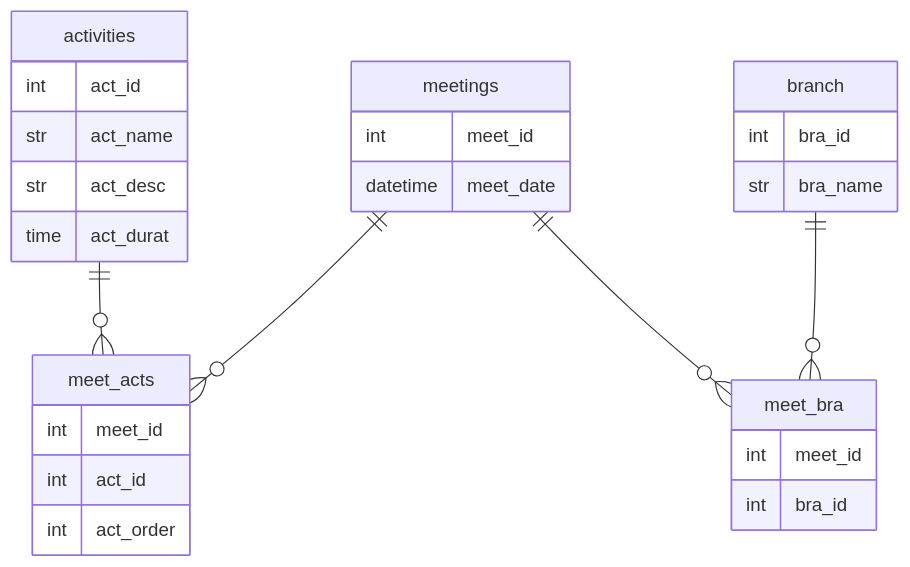
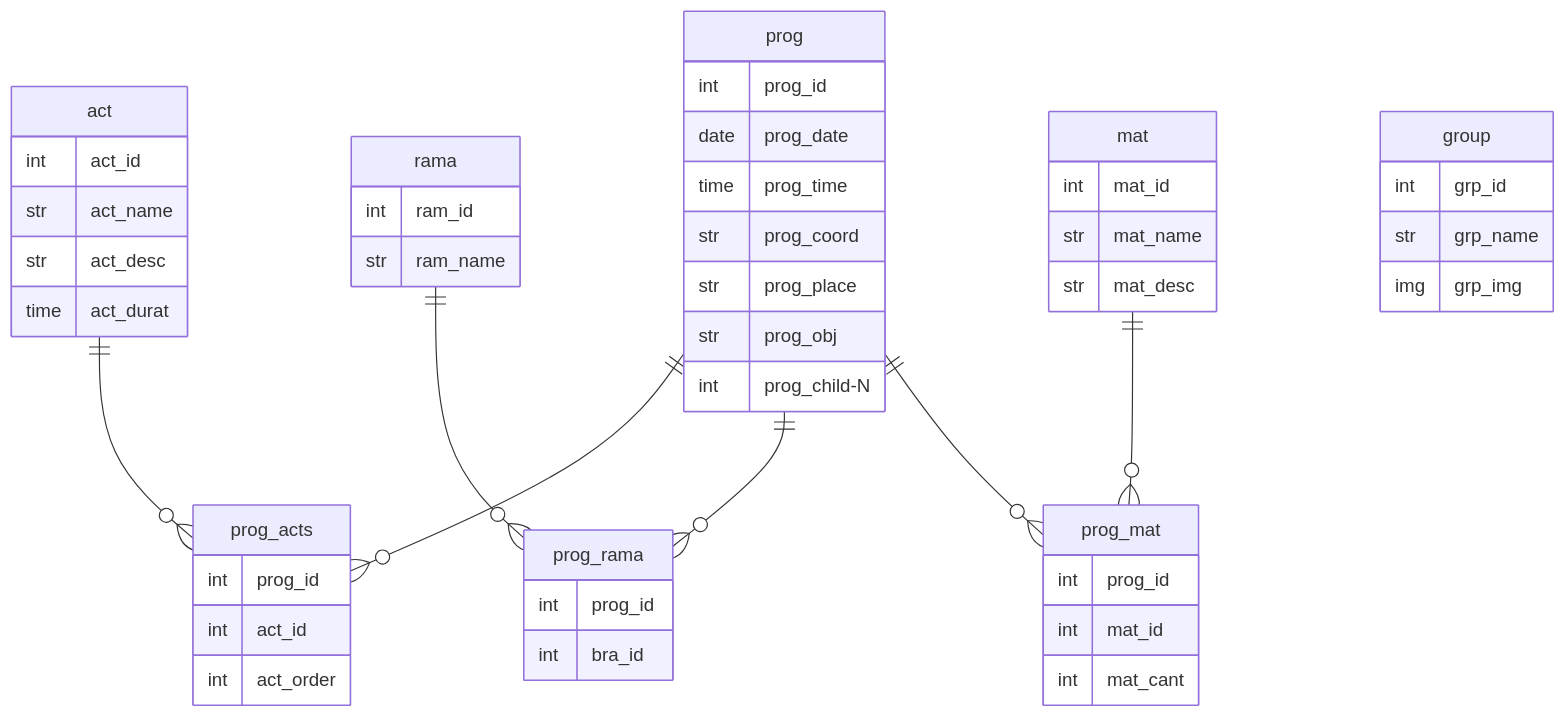
Before and after one commit to Covija97/badentracker: the third of 3 diagrams in .md/2.db.md, drawn with Mermaid. The commit also changed other lines of this file and 5 other files, not shown here.

````diff
--- a/.md/2.db.md
+++ b/.md/2.db.md
@@ -78,37 +78,61 @@
 ```mermaid
 erDiagram
 
-    meetings {
-        int meet_id
-        datetime meet_date
+    prog {
+        int prog_id
+        date prog_date
+        time prog_time
+        str prog_coord
+        str prog_place
+        str prog_obj
+        int prog_child-N
     }
 
-    activities {
+    act {
         int act_id
         str act_name
         str act_desc
         time act_durat
     }
 
-    branch {
-        int bra_id
-        str bra_name
+    rama {
+        int ram_id
+        str ram_name
     }
 
-    meet_acts {
-        int meet_id
+    mat {
+        int mat_id
+        str mat_name
+        str mat_desc    
+    }
+
+    group {
+        int grp_id
+        str grp_name
+        img grp_img
+    }
+
+    prog_acts {
+        int prog_id
         int act_id
         int act_order
     }
 
-    meet_bra {
-        int meet_id
+    prog_rama {
+        int prog_id
         int bra_id
     }
 
-    meetings ||--o{ meet_acts : ""
-    activities ||--o{ meet_acts : ""
-    branch ||--o{ meet_bra : ""
-    meetings ||--o{ meet_bra : ""
+    prog_mat {
+        int prog_id
+        int mat_id
+        int mat_cant
+    }
 
+    prog ||--o{ prog_acts : ""
+    act ||--o{ prog_acts : ""
+    rama ||--o{ prog_rama : ""
+    prog ||--o{ prog_rama : ""
+    mat ||--o{ prog_mat : ""
+    prog ||--o{ prog_mat : ""
 ```
````
